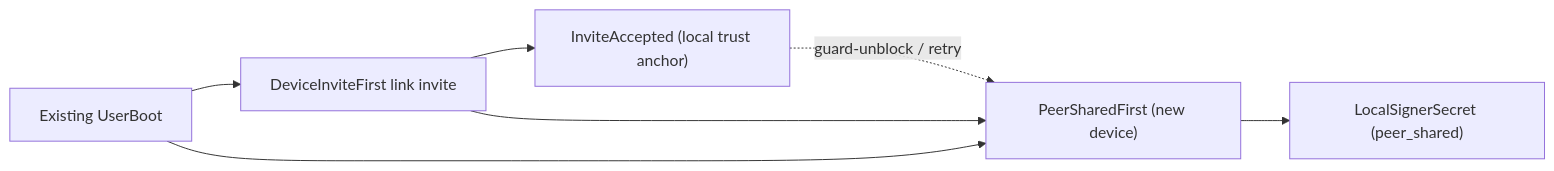
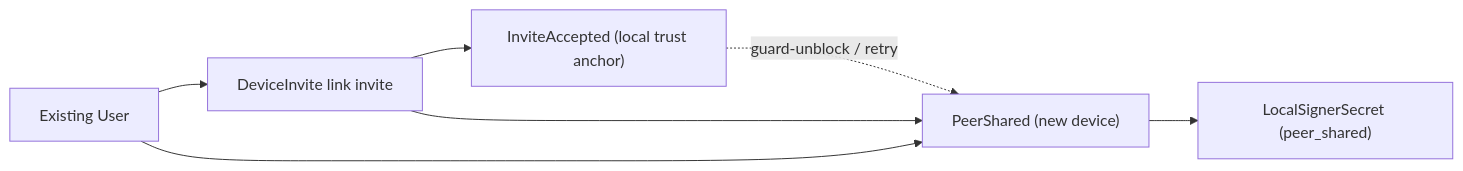
One commit to holmesworcester/topo changed the eighth of 8 diagrams in docs/DESIGN_DIAGRAMS.md. Above: the diagram before and after it, drawn with Mermaid. The commit also changed other lines of this file and 49 other files, not shown here.

````diff
--- a/docs/DESIGN_DIAGRAMS.md
+++ b/docs/DESIGN_DIAGRAMS.md
@@ -349,9 +349,9 @@
 ```mermaid
 flowchart LR
-    USER["Existing UserBoot"] --> DINV["DeviceInviteFirst link invite"]
+    USER["Existing User"] --> DINV["DeviceInvite link invite"]
     DINV --> IA["InviteAccepted (local trust anchor)"]
-    DINV --> PSF["PeerSharedFirst (new device)"]
+    DINV --> PSF["PeerShared (new device)"]
     USER --> PSF
     PSF --> LSP["LocalSignerSecret (peer_shared)"]
     IA -. guard-unblock / retry .-> PSF
 ```
````
